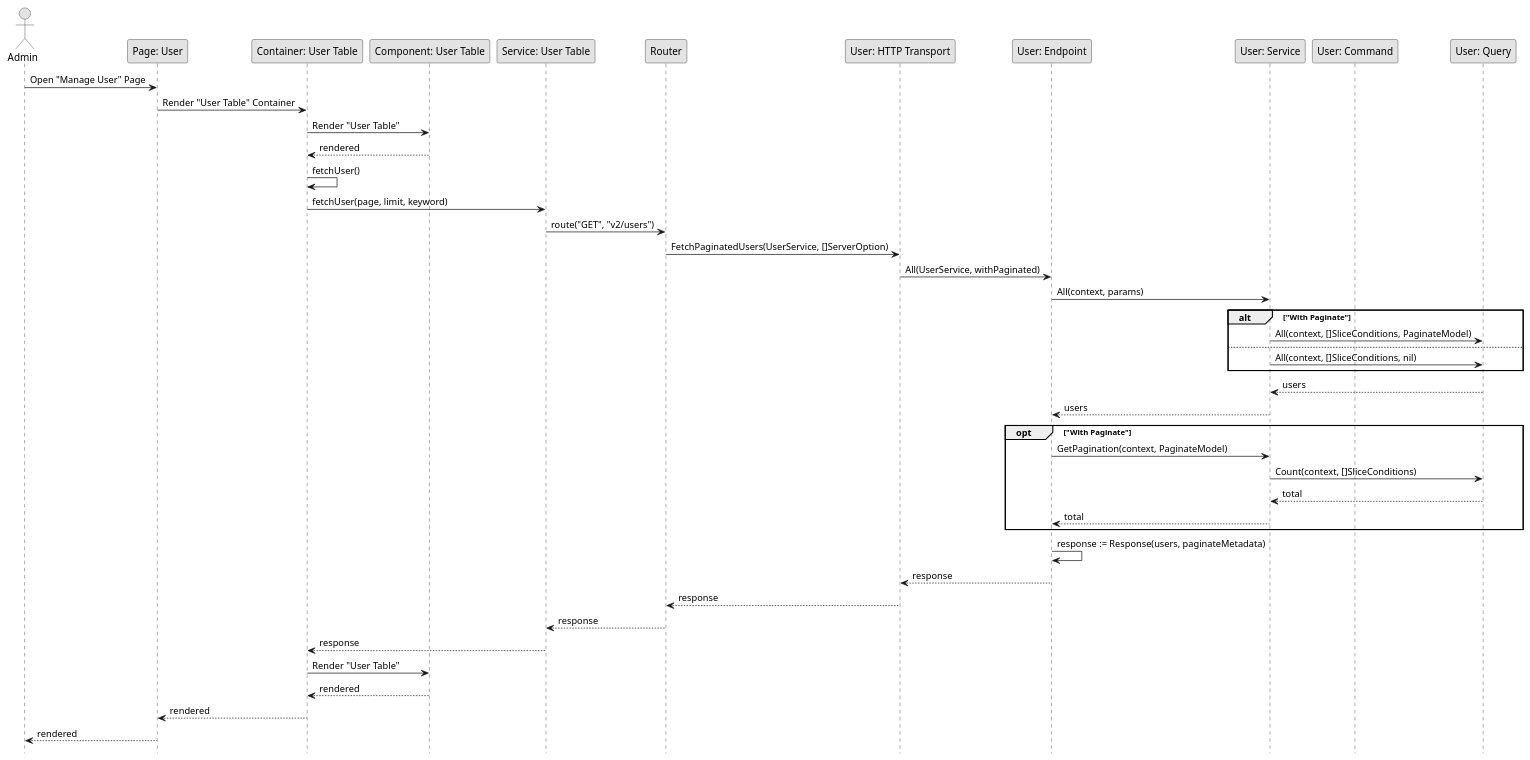
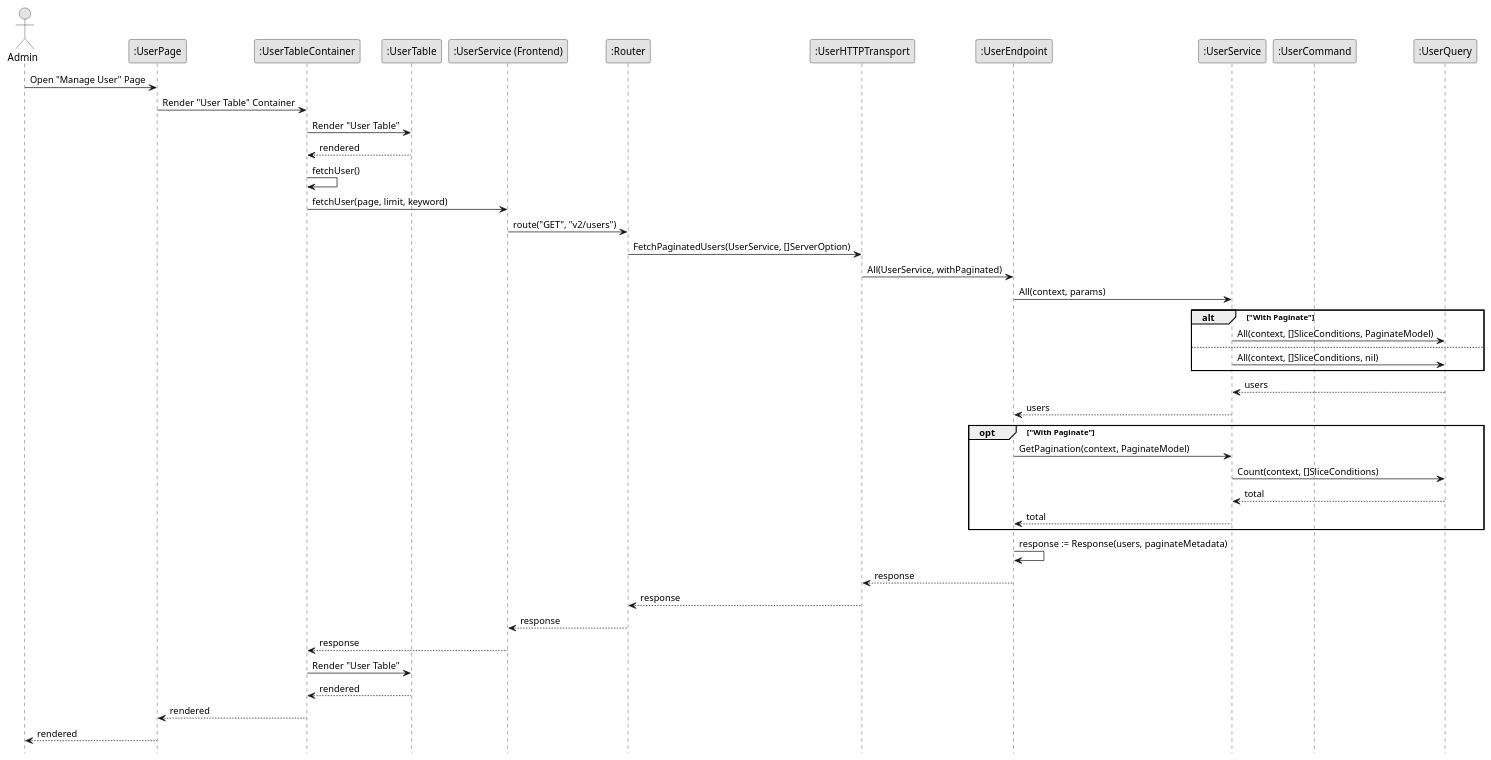
Before and after one commit to fwidjaya20/fazzlearning-uml: the diagram in Sequence/Release01/GetUser.wsd, drawn with PlantUML. The commit also changed 108 other files, not shown here.

Commit message:
fix(diagram): change participant format name (#30)

```diff
--- a/Sequence/Release01/GetUser.wsd
+++ b/Sequence/Release01/GetUser.wsd
@@ -1,56 +1,56 @@
 @startuml DeleteUser
 
 skinparam Monochrome true
 skinparam Shadowing false
 hide footbox
 
 actor Admin
-participant "Page: User" as UserPage
-participant "Container: User Table" as UserTableContainer
-participant "Component: User Table" as UserTable
-participant "Service: User Table" as FEUserService
-participant "Router" as Router
-participant "User: HTTP Transport" as UserHTTPTransport
-participant "User: Endpoint" as UserEndpoint
-participant "User: Service" as UserService
-participant "User: Command" as UserCommand
-participant "User: Query" as UserQuery
+participant ":UserPage" as UserPage
+participant ":UserTableContainer" as UserTableContainer
+participant ":UserTable" as UserTable
+participant ":UserService (Frontend)" as FEUserService
+participant ":Router" as Router
+participant ":UserHTTPTransport" as UserHTTPTransport
+participant ":UserEndpoint" as UserEndpoint
+participant ":UserService" as UserService
+participant ":UserCommand" as UserCommand
+participant ":UserQuery" as UserQuery
 
 Admin->UserPage: Open "Manage User" Page
 UserPage->UserTableContainer: Render "User Table" Container
 UserTableContainer->UserTable: Render "User Table"
 UserTable-->UserTableContainer: rendered
 UserTableContainer->UserTableContainer: fetchUser()
 UserTableContainer->FEUserService: fetchUser(page, limit, keyword)
 FEUserService->Router: route("GET", "v2/users")
 Router->UserHTTPTransport: FetchPaginatedUsers(UserService, []ServerOption)
 UserHTTPTransport->UserEndpoint: All(UserService, withPaginated)
 UserEndpoint->UserService: All(context, params)
 
 alt "With Paginate"
     UserService->UserQuery: All(context, []SliceConditions, PaginateModel)
 else
     UserService->UserQuery: All(context, []SliceConditions, nil)
 end
 
 UserQuery-->UserService: users
 UserService-->UserEndpoint: users
 
 opt "With Paginate"
     UserEndpoint->UserService: GetPagination(context, PaginateModel)
     UserService->UserQuery: Count(context, []SliceConditions)
     UserQuery-->UserService: total
     UserService-->UserEndpoint: total
 end
 
 UserEndpoint->UserEndpoint: response := Response(users, paginateMetadata)
 UserEndpoint-->UserHTTPTransport: response
 UserHTTPTransport-->Router: response
 Router-->FEUserService: response
 FEUserService-->UserTableContainer: response
 UserTableContainer->UserTable: Render "User Table"
 UserTable-->UserTableContainer: rendered
 UserTableContainer-->UserPage: rendered
 UserPage-->Admin: rendered
 
 @enduml
```
